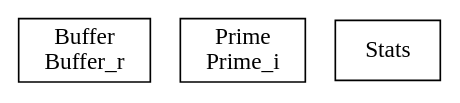
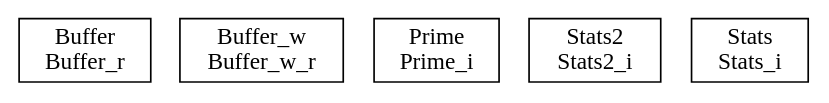
The diagram in bdp/cw2.dot (Moltenfire/CS400), drawn with Graphviz before and after one commit. The commit also changed 87 other files, not shown here.

```diff
--- a/bdp/cw2.dot
+++ b/bdp/cw2.dot
@@ -1,6 +1,8 @@
 digraph {
 Buffer_r [ label=" Buffer\nBuffer_r " shape= box ]
+Buffer_w_r [ label=" Buffer_w\nBuffer_w_r " shape= box ]
 Prime_i [ label=" Prime\nPrime_i " shape= box ]
-Stats [ label=" Stats " shape= box ]
+Stats2_i [ label=" Stats2\nStats2_i " shape= box ]
+Stats_i [ label=" Stats\nStats_i " shape= box ]
 
 }
```
